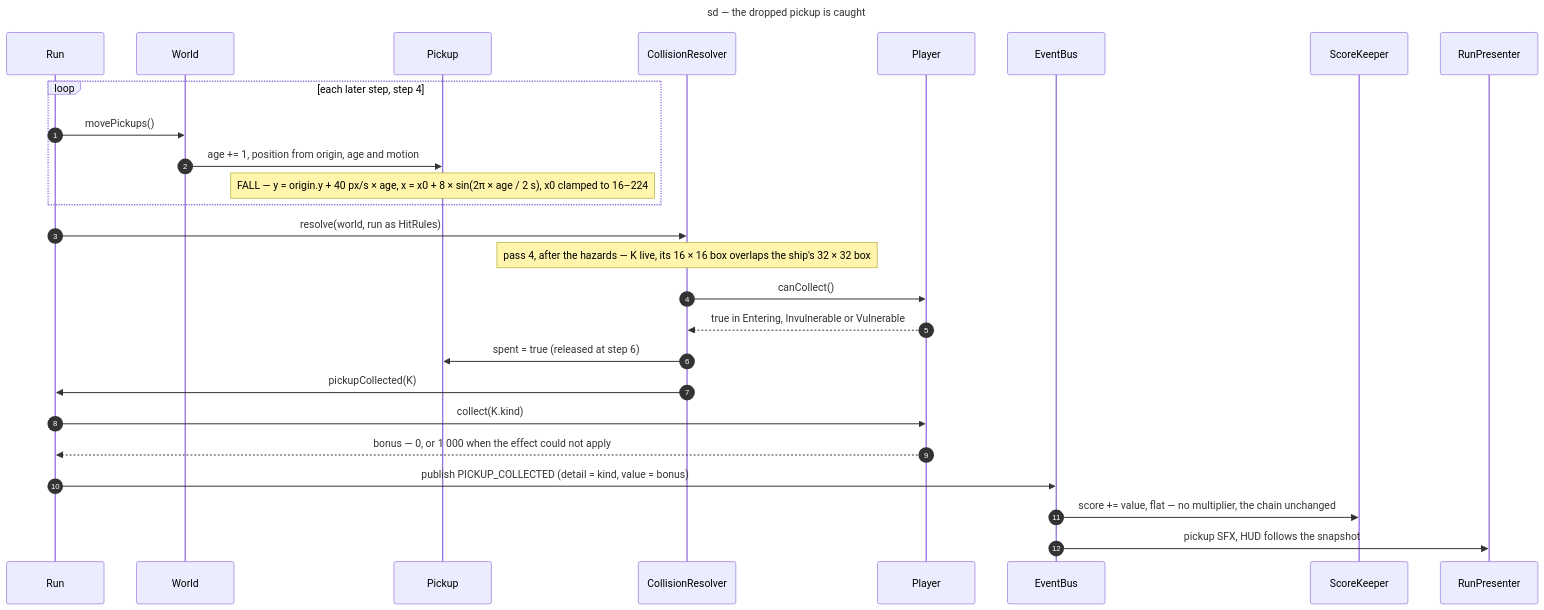
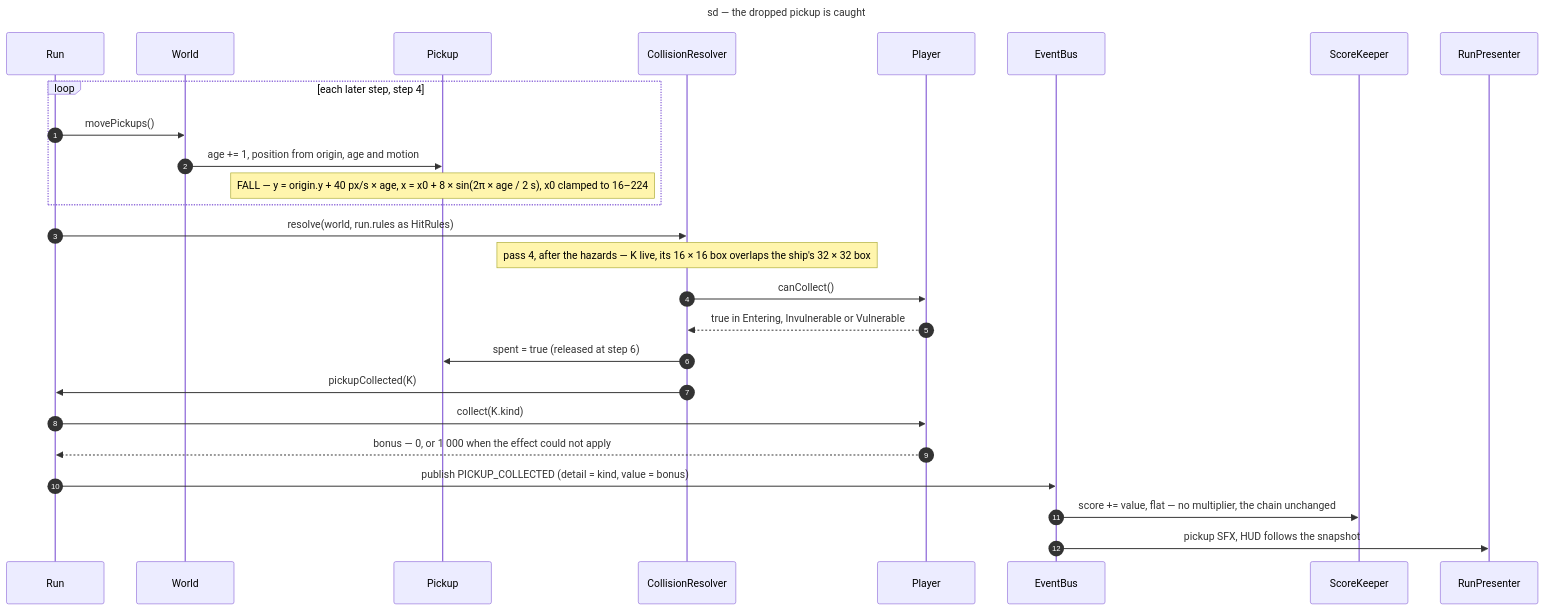
Before and after one commit to benoit-bremaud/retro-shmup: the second of 2 diagrams in docs/architecture/diagrams/gameplay/02-sequence-enemy-destroyed.md, drawn with Mermaid. The commit also changed other lines of this file and 2 other files, not shown here.

Commit message:
docs(uml): sequence diagrams pass run.rules as the HitRules and EnemySpawner

````diff
--- a/docs/architecture/diagrams/gameplay/02-sequence-enemy-destroyed.md
+++ b/docs/architecture/diagrams/gameplay/02-sequence-enemy-destroyed.md
@@ -97,32 +97,32 @@
 ```mermaid
 ---
 title: sd — the dropped pickup is caught
 ---
 sequenceDiagram
   autonumber
   participant Run as Run
   participant W as World
   participant K as Pickup
   participant CR as CollisionResolver
   participant Pl as Player
   participant Bus as EventBus
   participant SK as ScoreKeeper
   participant P as RunPresenter
 
   loop each later step, step 4
     Run->>W: movePickups()
     W->>K: age += 1, position from origin, age and motion
     Note over K: FALL — y = origin.y + 40 px/s × age, x = x0 + 8 × sin(2π × age / 2 s), x0 clamped to 16–224
   end
-  Run->>CR: resolve(world, run as HitRules)
+  Run->>CR: resolve(world, run.rules as HitRules)
   Note over CR: pass 4, after the hazards — K live, its 16 × 16 box overlaps the ship's 32 × 32 box
   CR->>Pl: canCollect()
   Pl-->>CR: true in Entering, Invulnerable or Vulnerable
   CR->>K: spent = true (released at step 6)
   CR->>Run: pickupCollected(K)
   Run->>Pl: collect(K.kind)
   Pl-->>Run: bonus — 0, or 1 000 when the effect could not apply
   Run->>Bus: publish PICKUP_COLLECTED (detail = kind, value = bonus)
   Bus->>SK: score += value, flat — no multiplier, the chain unchanged
   Bus->>P: pickup SFX, HUD follows the snapshot
 ```
````
